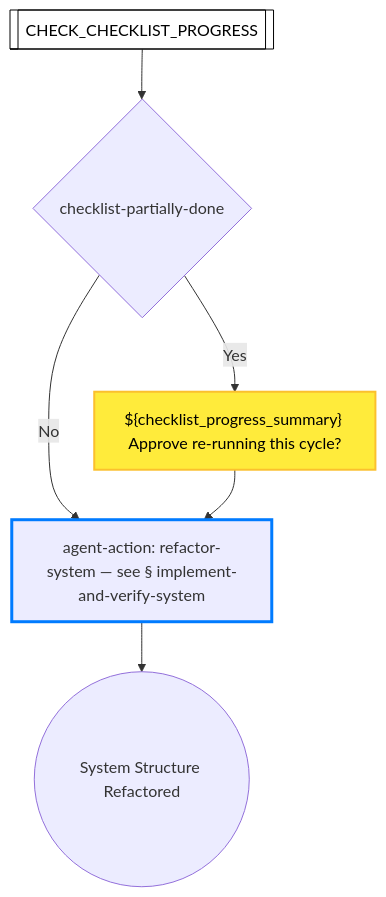
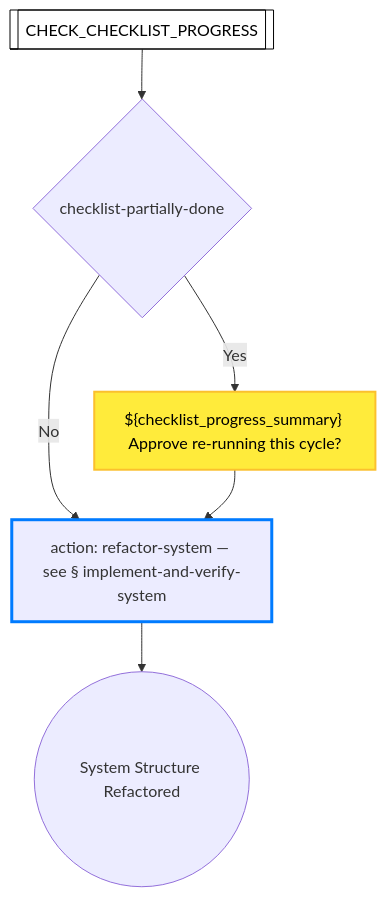
One commit to optivem/gh-optivem changed diagram 11 of 50 in docs/process-diagram.md. Above: the diagram before and after it, drawn with Mermaid. The commit also changed other lines of this file and 6 other files, not shown here.

````diff
--- a/docs/process-diagram.md
+++ b/docs/process-diagram.md
@@ -269,23 +269,23 @@
 ```mermaid
 flowchart TD
     CHECK_CHECKLIST_PROGRESS[[CHECK_CHECKLIST_PROGRESS]]
     GATE_CHECKLIST_PARTIALLY_DONE{checklist-partially-done}
-    IMPLEMENT_AND_VERIFY_SYSTEM[agent-action: refactor-system — see § implement-and-verify-system]
+    IMPLEMENT_AND_VERIFY_SYSTEM[action: refactor-system — see § implement-and-verify-system]
     REFACTOR_SYSTEM_STRUCTURE_END((System Structure Refactored))
     STOP_CHECKLIST_PARTIALLY_DONE["${checklist_progress_summary} Approve re-running this cycle?"]
 
     CHECK_CHECKLIST_PROGRESS --> GATE_CHECKLIST_PARTIALLY_DONE
     GATE_CHECKLIST_PARTIALLY_DONE -- Yes --> STOP_CHECKLIST_PARTIALLY_DONE
     GATE_CHECKLIST_PARTIALLY_DONE -- No --> IMPLEMENT_AND_VERIFY_SYSTEM
     STOP_CHECKLIST_PARTIALLY_DONE --> IMPLEMENT_AND_VERIFY_SYSTEM
     IMPLEMENT_AND_VERIFY_SYSTEM --> REFACTOR_SYSTEM_STRUCTURE_END
 
     classDef serviceNode fill:#ffffff,stroke:#000000,stroke-width:1px,color:#000000
     class CHECK_CHECKLIST_PROGRESS serviceNode
 
     classDef humanNode fill:#ffeb3b,stroke:#fbc02d,stroke-width:2px,color:#000000
     class STOP_CHECKLIST_PARTIALLY_DONE humanNode
 
     classDef tddRefactorNode stroke:#007bff,stroke-width:3px
     class IMPLEMENT_AND_VERIFY_SYSTEM tddRefactorNode
 ```
````
